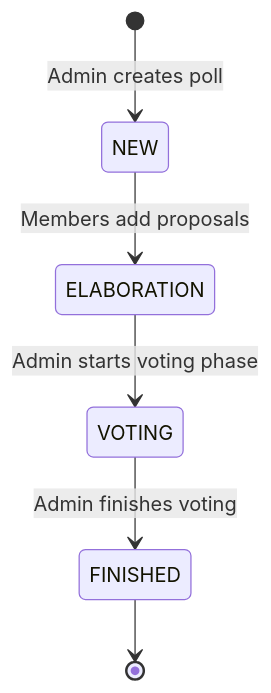
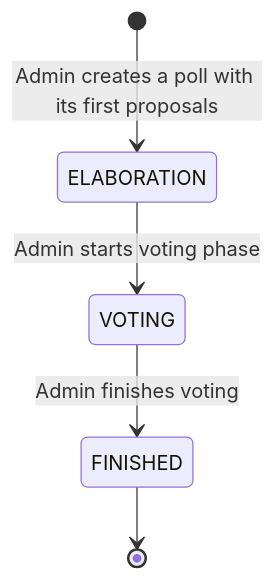
The third of 4 diagrams in docs/liquido-architecture.md (Doogiemuc/liquido-mobile-pwa-vue3), drawn with Mermaid before and after one commit. The commit also changed other lines of this file and 16 other files, not shown here.

First line of the commit message:
Consolidate docs: AGENTS.md, testing doc, use cases, architecture

````diff
--- a/docs/liquido-architecture.md
+++ b/docs/liquido-architecture.md
@@ -220,8 +249,7 @@
 ```mermaid
 stateDiagram-v2
-    [*] --> NEW: Admin creates poll
-    NEW --> ELABORATION: Members add proposals
+    [*] --> ELABORATION: Admin creates a poll with its first proposals
     ELABORATION --> VOTING: Admin starts voting phase
     VOTING --> FINISHED: Admin finishes voting
     FINISHED --> [*]
 ```
````
